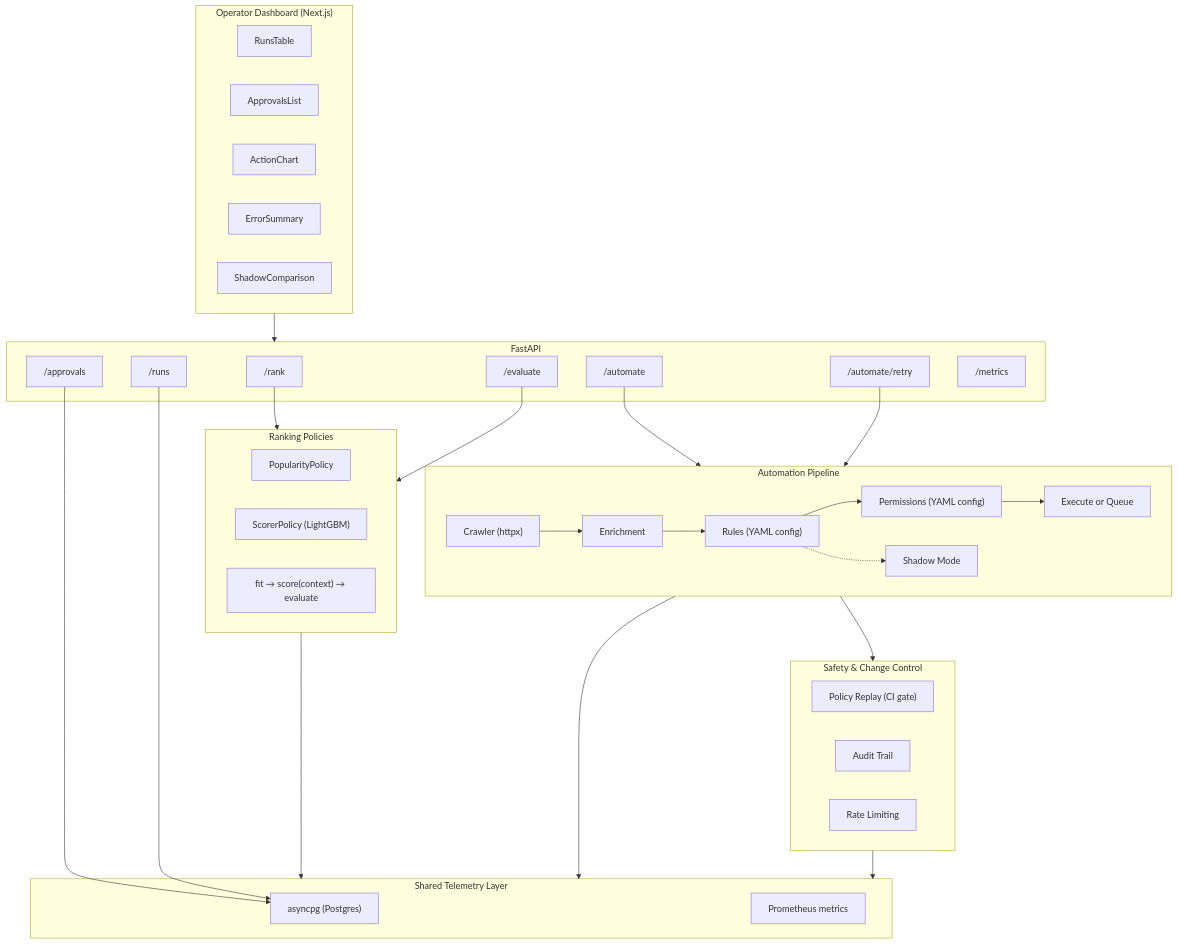
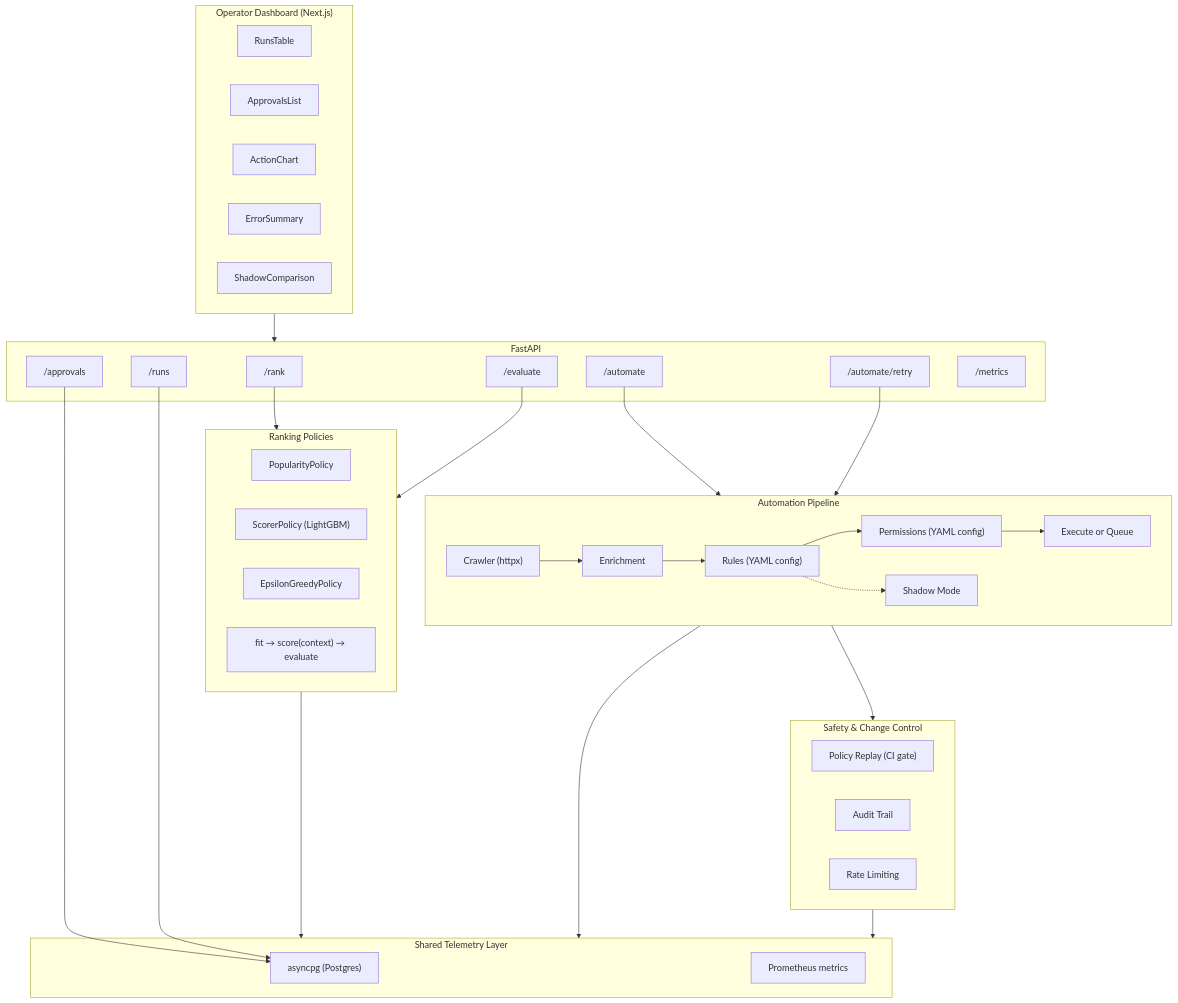
One commit to tyy0811/decide-hub changed the diagram in README.md. Above: the diagram before and after it, drawn with Mermaid. The commit also changed other lines of this file and 1 other file, not shown here.

Commit message:
feat: add bandit comparison script + README benchmarks

````diff
--- a/README.md
+++ b/README.md
@@ -13,62 +13,63 @@
 ```mermaid
 graph TB
     subgraph API["FastAPI"]
         rank["/rank"]
         evaluate["/evaluate"]
         automate["/automate"]
         approvals["/approvals"]
         retry["/automate/retry"]
         runs["/runs"]
         metrics["/metrics"]
     end
 
     subgraph Ranking["Ranking Policies"]
         pop["PopularityPolicy"]
         scorer["ScorerPolicy (LightGBM)"]
+        bandit["EpsilonGreedyPolicy"]
         flow1["fit → score(context) → evaluate"]
     end
 
     subgraph Automation["Automation Pipeline"]
         crawler["Crawler (httpx)"]
         enrichment["Enrichment"]
         rules["Rules (YAML config)"]
         permissions["Permissions (YAML config)"]
         execute["Execute or Queue"]
         shadow["Shadow Mode"]
 
         crawler --> enrichment --> rules --> permissions --> execute
         rules -.-> shadow
     end
 
     subgraph Safety["Safety & Change Control"]
         replay["Policy Replay (CI gate)"]
         audit["Audit Trail"]
         rate_limit["Rate Limiting"]
     end
 
     subgraph Telemetry["Shared Telemetry Layer"]
         pg["asyncpg (Postgres)"]
         prom["Prometheus metrics"]
     end
 
     subgraph Dashboard["Operator Dashboard (Next.js)"]
         runs_table["RunsTable"]
         approvals_list["ApprovalsList"]
         action_chart["ActionChart"]
         error_summary["ErrorSummary"]
         shadow_cmp["ShadowComparison"]
     end
 
     rank --> Ranking
     evaluate --> Ranking
     automate --> Automation
     retry --> Automation
     approvals --> pg
     runs --> pg
 
     Ranking --> Telemetry
     Automation --> Telemetry
     Automation --> Safety
     Safety --> Telemetry
     Dashboard --> API
 ```
````
